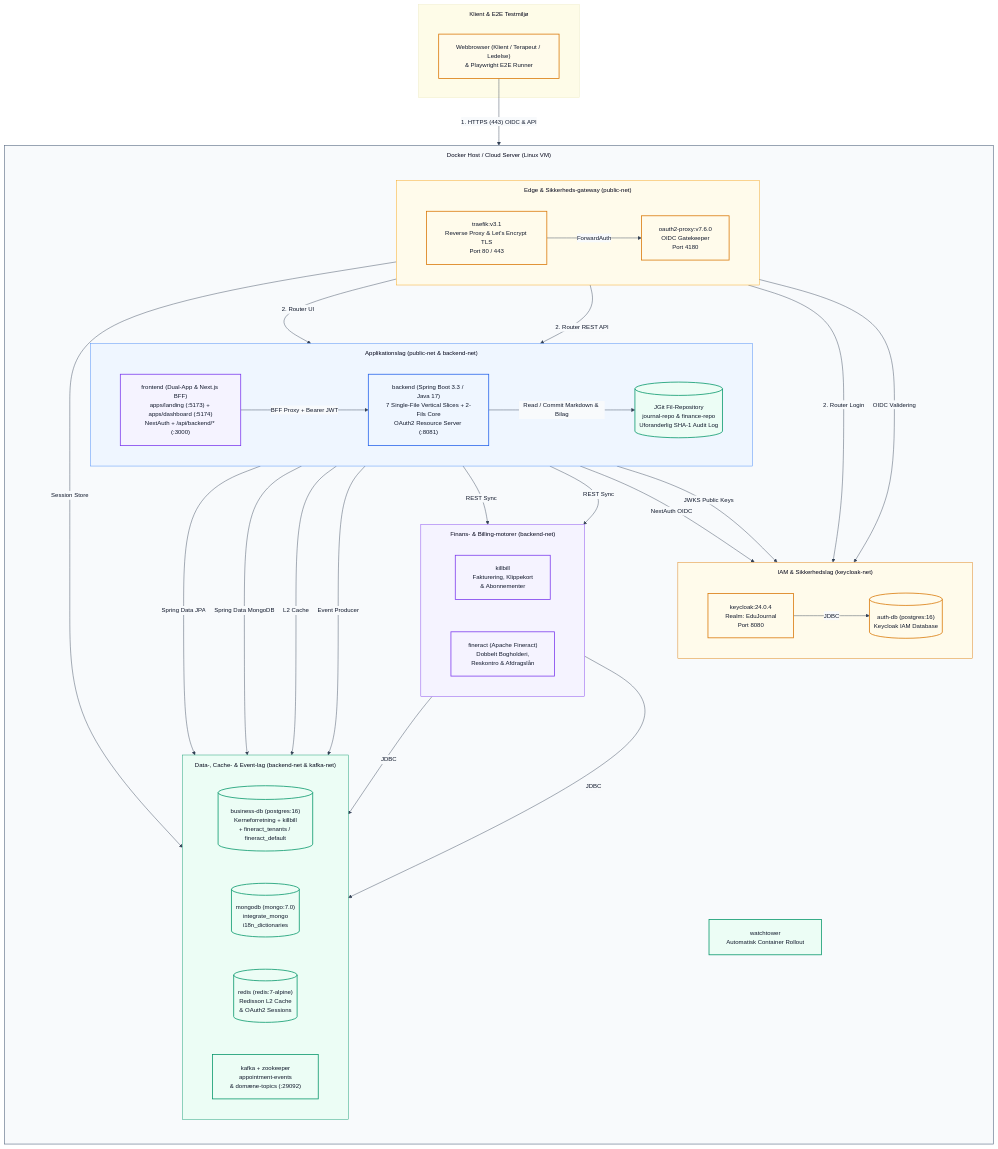
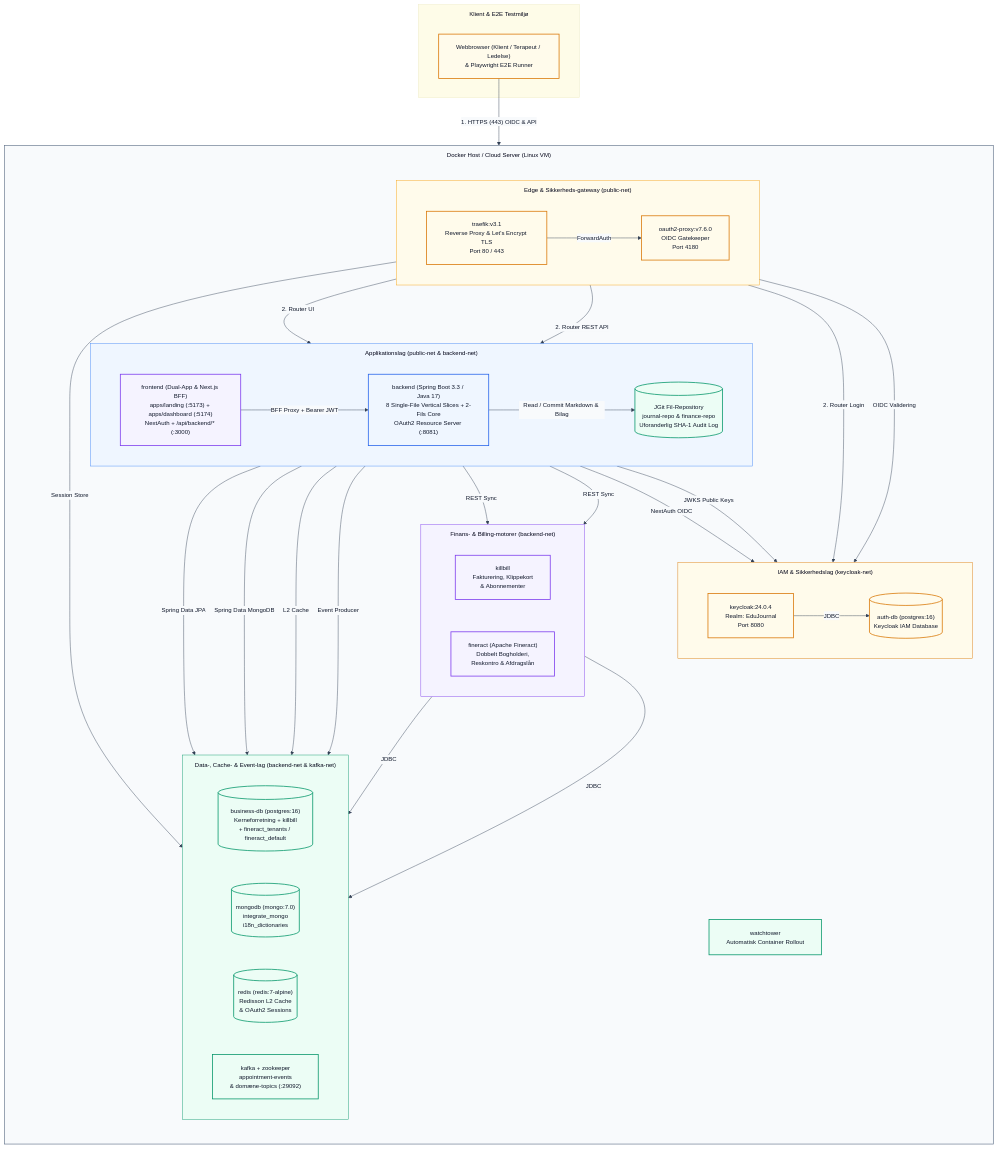
The diagram in infrastructure/diagrams/deployment-diagram.mmd (7-3-N-3-7/api), drawn with Mermaid before and after one commit. The commit also changed 53 other files, not shown here.

Commit message:
fix(thesis): ret fejl fra rapport-audit, synkroniser diagrammer og opdater overleaf-export

```diff
--- a/infrastructure/diagrams/deployment-diagram.mmd
+++ b/infrastructure/diagrams/deployment-diagram.mmd
@@ -1,110 +1,110 @@
 %%{init: {'theme': 'base', 'themeVariables': {'primaryColor': '#EFF6FF', 'primaryTextColor': '#0F172A', 'primaryBorderColor': '#2563EB', 'lineColor': '#334155', 'secondaryColor': '#F8FAFC', 'tertiaryColor': '#FEFCE8', 'fontFamily': 'Segoe UI, Arial, sans-serif', 'fontSize': '14px'}, 'flowchart': {'curve': 'basis', 'nodeSpacing': 75, 'rankSpacing': 90, 'padding': 20, 'subGraphTitleMargin': {'top': 12, 'bottom': 12}}}}%%
 flowchart TB
     subgraph ClientTier ["Klient & E2E Testmiljø"]
         Browser["Webbrowser (Klient / Terapeut / Ledelse)
 & Playwright E2E Runner"]
     end
 
     subgraph DockerHost ["Docker Host / Cloud Server (Linux VM)"]
         direction TB
 
         subgraph EdgeLayer ["Edge & Sikkerheds-gateway (public-net)"]
             direction LR
             Traefik["traefik:v3.1
 Reverse Proxy & Let's Encrypt TLS
 Port 80 / 443"]
             OAuth2Proxy["oauth2-proxy:v7.6.0
 OIDC Gatekeeper
 Port 4180"]
             Traefik -->|"ForwardAuth"| OAuth2Proxy
         end
 
         subgraph IamLayer ["IAM & Sikkerhedslag (keycloak-net)"]
             direction LR
             Keycloak["keycloak:24.0.4
 Realm: EduJournal
 Port 8080"]
             AuthDb[("auth-db (postgres:16)
 Keycloak IAM Database")]
             Keycloak -->|"JDBC"| AuthDb
         end
 
         subgraph AppLayer ["Applikationslag (public-net & backend-net)"]
             direction LR
             Frontend["frontend (Dual-App & Next.js BFF)
 apps/landing (:5173) + apps/dashboard (:5174)
 NextAuth + /api/backend/* (:3000)"]
             Backend["backend (Spring Boot 3.3 / Java 17)
-7 Single-File Vertical Slices + 2-Fils Core
+8 Single-File Vertical Slices + 2-Fils Core
 OAuth2 Resource Server (:8081)"]
             JGitRepo[("JGit Fil-Repository
 journal-repo & finance-repo
 Uforanderlig SHA-1 Audit Log")]
             Frontend -->|"BFF Proxy + Bearer JWT"| Backend
             Backend -->|"Read / Commit Markdown & Bilag"| JGitRepo
         end
 
         subgraph FinanceEngines ["Finans- & Billing-motorer (backend-net)"]
             direction LR
             KillBill["killbill
 Fakturering, Klippekort
 & Abonnementer"]
             Fineract["fineract (Apache Fineract)
 Dobbelt Bogholderi,
 Reskontro & Afdragslån"]
         end
 
         subgraph DataLayer ["Data-, Cache- & Event-lag (backend-net & kafka-net)"]
             direction LR
             BusinessDb[("business-db (postgres:16)
 Kerneforretning + killbill
 + fineract_tenants / fineract_default")]
             MongoDb[("mongodb (mongo:7.0)
 integrate_mongo
 i18n_dictionaries")]
             Redis[("redis (redis:7-alpine)
 Redisson L2 Cache
 & OAuth2 Sessions")]
             Kafka["kafka + zookeeper
 appointment-events
 & domæne-topics (:29092)"]
         end
 
         Watchtower["watchtower
 Automatisk Container Rollout"]
     end
 
     Browser -->|"1. HTTPS (443) OIDC & API"| Traefik
     Traefik -->|"2. Router UI"| Frontend
     Traefik -->|"2. Router REST API"| Backend
     Traefik -->|"2. Router Login"| Keycloak
     OAuth2Proxy -->|"OIDC Validering"| Keycloak
     OAuth2Proxy -->|"Session Store"| Redis
     Frontend -->|"NextAuth OIDC"| Keycloak
     Backend -->|"JWKS Public Keys"| Keycloak
 
     Backend -->|"Spring Data JPA"| BusinessDb
     Backend -->|"Spring Data MongoDB"| MongoDb
     Backend -->|"L2 Cache"| Redis
     Backend -->|"Event Producer"| Kafka
     Backend -->|"REST Sync"| KillBill
     Backend -->|"REST Sync"| Fineract
     KillBill -->|"JDBC"| BusinessDb
     Fineract -->|"JDBC"| BusinessDb
 
     class Browser,Traefik,OAuth2Proxy,Keycloak,AuthDb auth
     class Frontend,KillBill,Fineract slice
     class Backend core
     class JGitRepo,BusinessDb,MongoDb,Redis,Kafka,Watchtower data
     style DockerHost fill:#F8FAFC,stroke:#64748B,stroke-width:1.5px
     style EdgeLayer fill:#FFFBEB,stroke:#F59E0B
     style IamLayer fill:#FFFBEB,stroke:#D97706
     style AppLayer fill:#EFF6FF,stroke:#3B82F6
     style FinanceEngines fill:#F5F3FF,stroke:#7C3AED
     style DataLayer fill:#ECFDF5,stroke:#059669
 
     classDef core fill:#EFF6FF,stroke:#2563EB,stroke-width:1.8px,color:#0F172A
     classDef slice fill:#F5F3FF,stroke:#7C3AED,stroke-width:1.8px,color:#0F172A
     classDef data fill:#ECFDF5,stroke:#059669,stroke-width:1.8px,color:#0F172A
     classDef auth fill:#FFFBEB,stroke:#D97706,stroke-width:1.8px,color:#0F172A
     classDef err fill:#FEF2F2,stroke:#DC2626,stroke-width:1.8px,color:#7F1D1D
```
